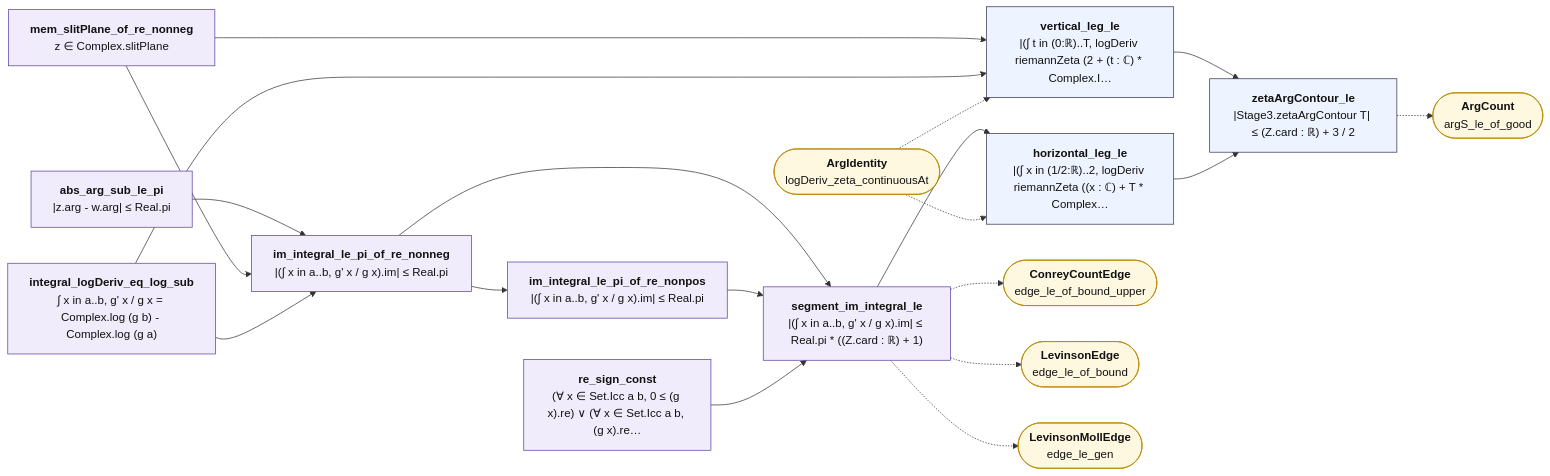
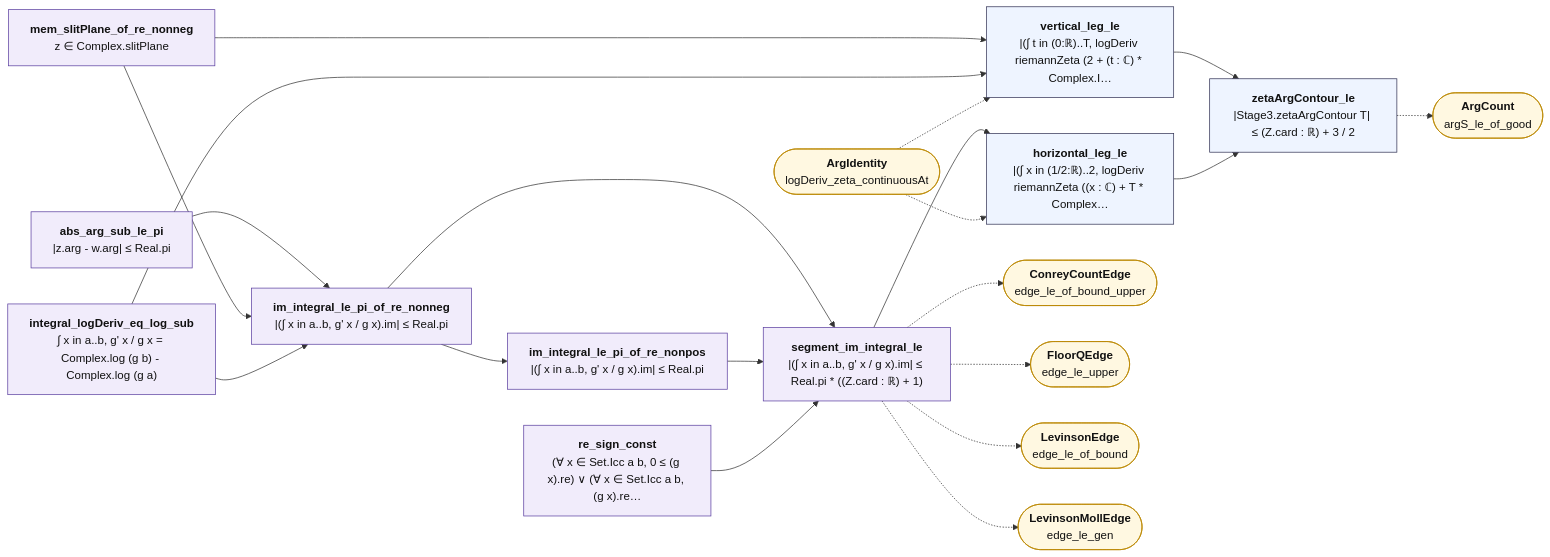
One commit to juliansambranojr/Primebeat_081426 changed the diagram in map/lean_stage3/ArgLegs.md. Above: the diagram before and after it, drawn with Mermaid. The commit also changed other lines of this file and 70 other files, not shown here.

````diff
--- a/map/lean_stage3/ArgLegs.md
+++ b/map/lean_stage3/ArgLegs.md
@@ -12,44 +12,46 @@
 ```mermaid
 flowchart LR
   n0["<b>abs_arg_sub_le_pi</b><br/>|z.arg - w.arg| ≤ Real.pi"]:::shp
   n1["<b>mem_slitPlane_of_re_nonneg</b><br/>z ∈ Complex.slitPlane"]:::shp
   n2["<b>integral_logDeriv_eq_log_sub</b><br/>∫ x in a..b, g' x / g x = Complex.log (g b) - Complex.log (g a)"]:::shp
   n3["<b>im_integral_le_pi_of_re_nonneg</b><br/>|(∫ x in a..b, g' x / g x).im| ≤ Real.pi"]:::shp
   n4["<b>im_integral_le_pi_of_re_nonpos</b><br/>|(∫ x in a..b, g' x / g x).im| ≤ Real.pi"]:::shp
   n5["<b>re_sign_const</b><br/>(∀ x ∈ Set.Icc a b, 0 ≤ (g x).re) ∨ (∀ x ∈ Set.Icc a b, (g x).re…"]:::shp
   n6["<b>segment_im_integral_le</b><br/>|(∫ x in a..b, g' x / g x).im| ≤ Real.pi * ((Z.card : ℝ) + 1)"]:::shp
   n7["<b>vertical_leg_le</b><br/>|(∫ t in (0:ℝ)..T, logDeriv riemannZeta (2 + (t : ℂ) * Complex.I…"]:::thm
   n8["<b>horizontal_leg_le</b><br/>|(∫ x in (1/2:ℝ)..2, logDeriv riemannZeta ((x : ℂ) + T * Complex…"]:::thm
   n9["<b>zetaArgContour_le</b><br/>|Stage3.zetaArgContour T| ≤ (Z.card : ℝ) + 3 / 2"]:::thm
   x0(["<b>ConreyCountEdge</b><br/>edge_le_of_bound_upper"]):::ext
-  x1(["<b>LevinsonEdge</b><br/>edge_le_of_bound"]):::ext
-  x2(["<b>LevinsonMollEdge</b><br/>edge_le_gen"]):::ext
-  x3(["<b>ArgIdentity</b><br/>logDeriv_zeta_continuousAt"]):::ext
-  x4(["<b>ArgCount</b><br/>argS_le_of_good"]):::ext
+  x1(["<b>FloorQEdge</b><br/>edge_le_upper"]):::ext
+  x2(["<b>LevinsonEdge</b><br/>edge_le_of_bound"]):::ext
+  x3(["<b>LevinsonMollEdge</b><br/>edge_le_gen"]):::ext
+  x4(["<b>ArgIdentity</b><br/>logDeriv_zeta_continuousAt"]):::ext
+  x5(["<b>ArgCount</b><br/>argS_le_of_good"]):::ext
   n0 --> n3
   n1 --> n3
   n1 --> n7
   n2 --> n3
   n2 --> n7
   n3 --> n4
   n3 --> n6
   n4 --> n6
   n5 --> n6
   n6 --> n8
   n7 --> n9
   n8 --> n9
   n6 -.-> x0
   n6 -.-> x1
   n6 -.-> x2
-  n9 -.-> x4
-  x3 -.-> n7
-  x3 -.-> n8
+  n6 -.-> x3
+  n9 -.-> x5
+  x4 -.-> n7
+  x4 -.-> n8
   classDef cnt fill:#dff5ec,stroke:#17694a,color:#111
   classDef shp fill:#f1ecfb,stroke:#5b3fa0,color:#111
   classDef rh fill:#ffe5e5,stroke:#c22,color:#111,stroke-width:2px
   classDef thm fill:#eef4ff,stroke:#335,color:#111
   classDef end_ fill:#e7f7e7,stroke:#2a7,color:#111,stroke-width:2px
   classDef lone fill:#fff,stroke:#999,color:#111,stroke-dasharray:4 3
   classDef bad fill:#ffe5e5,stroke:#c22,color:#111,stroke-width:2px
   classDef ext fill:#fff8e1,stroke:#b80,color:#111
 ```
````
